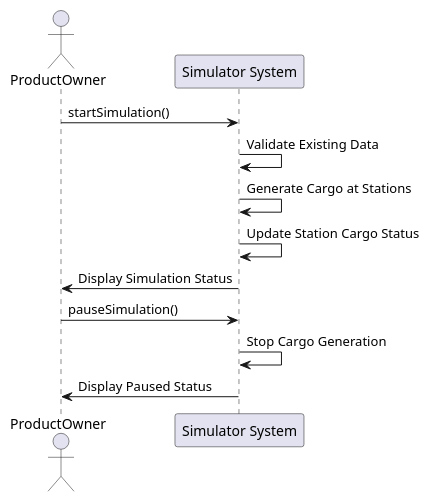
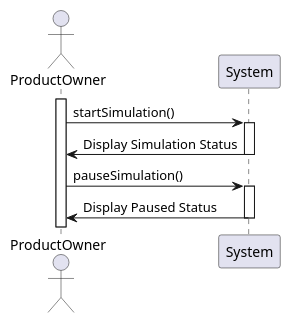
One commit to goncalolopesp/sem2-pi-24.25-g093-repo changed the diagram in docs/system-documentation/US012/01.requirements-engineering/puml/US012-SSD.puml. Above: the diagram before and after it, drawn with PlantUML.

Commit message:
US012 (docs) - Removed actions inside the System from the requirements SSD

```diff
--- a/docs/system-documentation/US012/01.requirements-engineering/puml/US012-SSD.puml
+++ b/docs/system-documentation/US012/01.requirements-engineering/puml/US012-SSD.puml
@@ -1,16 +1,18 @@
 @startuml
 
 actor ProductOwner
-participant "Simulator System" as Simulator
+participant "System" as System
 
-ProductOwner -> Simulator: startSimulation()
-Simulator -> Simulator: Validate Existing Data
-Simulator -> Simulator: Generate Cargo at Stations
-Simulator -> Simulator: Update Station Cargo Status
-Simulator -> ProductOwner: Display Simulation Status
+activate ProductOwner
 
-ProductOwner -> Simulator: pauseSimulation()
-Simulator -> Simulator: Stop Cargo Generation
-Simulator -> ProductOwner: Display Paused Status
+ProductOwner -> System: startSimulation()
+activate System
+System -> ProductOwner: Display Simulation Status
+deactivate System
+
+ProductOwner -> System: pauseSimulation()
+activate System
+System -> ProductOwner: Display Paused Status
+deactivate System
 
 @enduml
```
